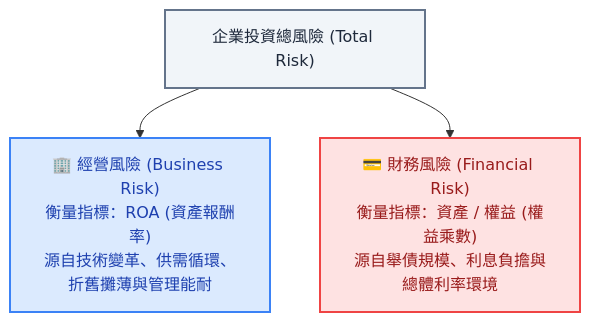
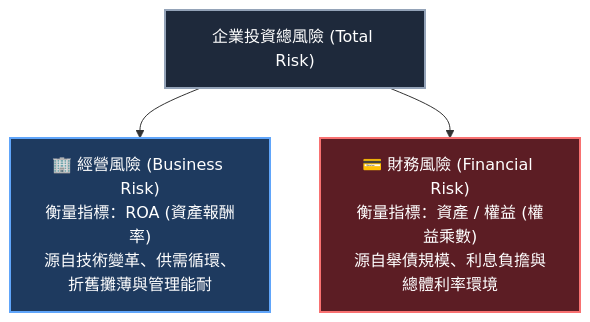
Before and after one commit to Jimlin0428/my-digital-garden: the second of 2 diagrams in src/site/notes/98_商業概念庫/dupont-analysis_杜邦分析法.md, drawn with Mermaid. The commit also changed other lines of this file and 58 other files, not shown here.

````diff
--- a/src/site/notes/98_商業概念庫/dupont-analysis_杜邦分析法.md
+++ b/src/site/notes/98_商業概念庫/dupont-analysis_杜邦分析法.md
@@ -81,13 +81,13 @@
 ```mermaid
 flowchart TD
     TR["企業投資總風險 (Total Risk)"]
     BR["🏢 經營風險 (Business Risk)<br/>衡量指標：ROA (資產報酬率)<br/>源自技術變革、供需循環、折舊攤薄與管理能耐"]
     FR["💳 財務風險 (Financial Risk)<br/>衡量指標：資產 / 權益 (權益乘數)<br/>源自舉債規模、利息負擔與總體利率環境"]
 
     TR --> BR
     TR --> FR
 
-    style TR fill:#f1f5f9,stroke:#64748b,stroke-width:2px,color:#1e293b
-    style BR fill:#dbeafe,stroke:#3b82f6,stroke-width:2px,color:#1e40af
-    style FR fill:#fee2e2,stroke:#ef4444,stroke-width:2px,color:#991b1b
+    style TR fill:#1e293b,stroke:#94a3b8,stroke-width:2px,color:#ffffff
+    style BR fill:#1e3a5f,stroke:#60a5fa,stroke-width:2px,color:#ffffff
+    style FR fill:#5c1d24,stroke:#f87171,stroke-width:2px,color:#ffffff
 ```
````
